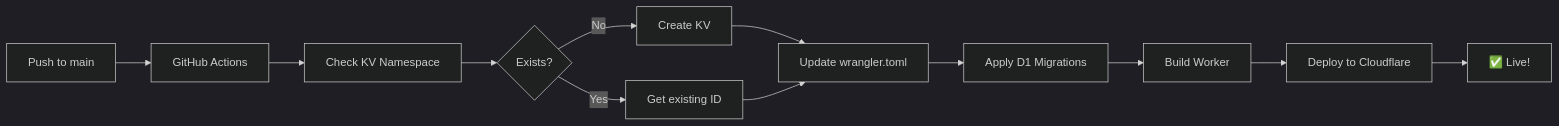
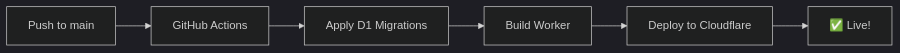
Before and after one commit to link0ln/inigma: the diagram in AUTOMATED_DEPLOYMENT.md, drawn with Mermaid (dark theme). The commit also changed other lines of this file and 3 other files, not shown here.

````diff
--- a/AUTOMATED_DEPLOYMENT.md
+++ b/AUTOMATED_DEPLOYMENT.md
@@ -11,14 +11,8 @@
 ```mermaid
 graph LR
     A[Push to main] --> B[GitHub Actions]
-    B --> C[Check KV Namespace]
-    C --> D{Exists?}
-    D -->|No| E[Create KV]
-    D -->|Yes| F[Get existing ID]
-    E --> G[Update wrangler.toml]
-    F --> G
-    G --> H[Apply D1 Migrations]
-    H --> I[Build Worker]
-    I --> J[Deploy to Cloudflare]
-    J --> K[✅ Live!]
+    B --> C[Apply D1 Migrations]
+    C --> D[Build Worker]
+    D --> E[Deploy to Cloudflare]
+    E --> F[✅ Live!]
 ```
````
